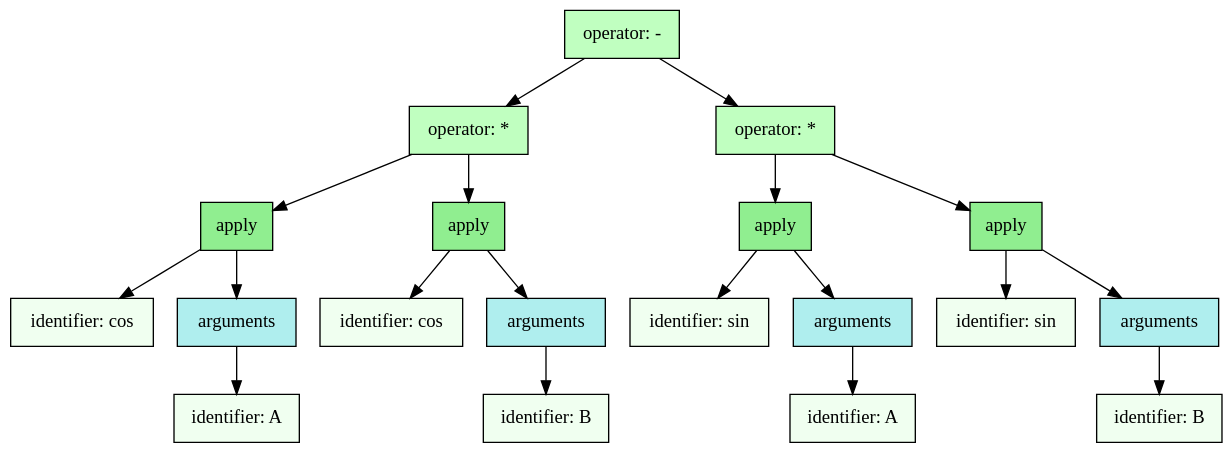
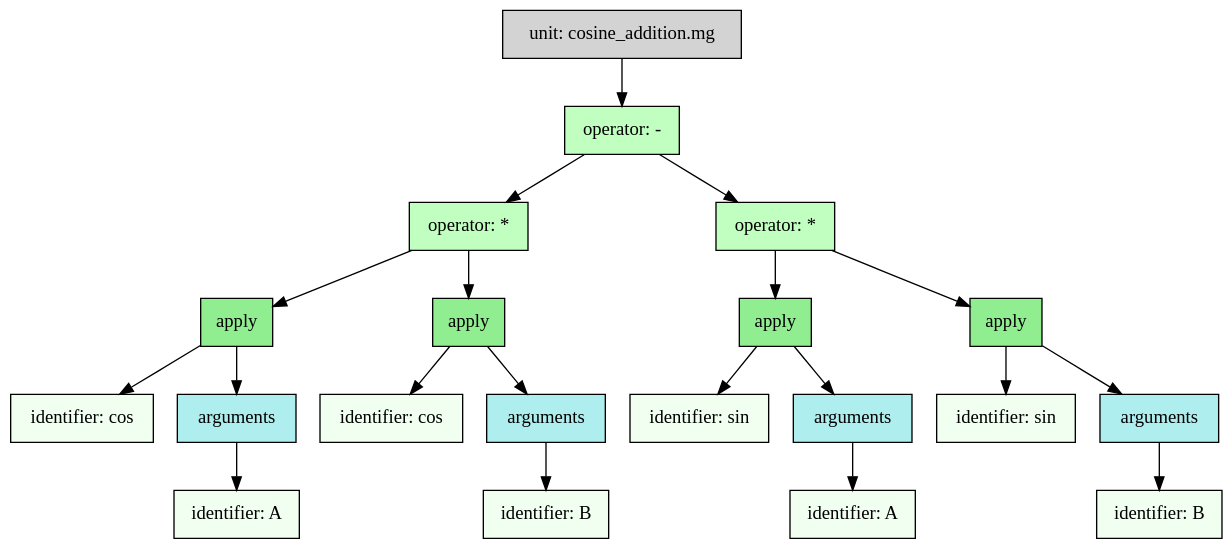
Before and after one commit to monogram-project/monogram: the second of 2 diagrams in docs/cosine_addition.md, drawn with Graphviz. The commit also changed other lines of this file and 10 other files, not shown here.

````diff
--- a/docs/cosine_addition.md
+++ b/docs/cosine_addition.md
@@ -293,43 +304,45 @@
 ```dot
 digraph G {
   bgcolor="transparent";
   node [shape="box", style="filled", fontname="Ubuntu Mono"];
-  "131276364416560" [label="operator: -", shape="box", fillcolor="#C0FFC0"];
-  "131276364416640" [label="operator: *", shape="box", fillcolor="#C0FFC0"];
-  "131276364416560" -> "131276364416640";
-  "131276364416720" [label="apply", shape="box", fillcolor="lightgreen"];
-  "131276364416640" -> "131276364416720";
-  "131276364416800" [label="identifier: cos", shape="box", fillcolor="Honeydew"];
-  "131276364416720" -> "131276364416800";
-  "131276364416880" [label="arguments", shape="box", fillcolor="PaleTurquoise"];
-  "131276364416720" -> "131276364416880";
-  "131276364416960" [label="identifier: A", shape="box", fillcolor="Honeydew"];
-  "131276364416880" -> "131276364416960";
-  "131276364417040" [label="apply", shape="box", fillcolor="lightgreen"];
-  "131276364416640" -> "131276364417040";
-  "131276364417120" [label="identifier: cos", shape="box", fillcolor="Honeydew"];
-  "131276364417040" -> "131276364417120";
-  "131276364417200" [label="arguments", shape="box", fillcolor="PaleTurquoise"];
-  "131276364417040" -> "131276364417200";
-  "131276364417280" [label="identifier: B", shape="box", fillcolor="Honeydew"];
-  "131276364417200" -> "131276364417280";
-  "131276364417360" [label="operator: *", shape="box", fillcolor="#C0FFC0"];
-  "131276364416560" -> "131276364417360";
-  "131276364417440" [label="apply", shape="box", fillcolor="lightgreen"];
-  "131276364417360" -> "131276364417440";
-  "131276364417520" [label="identifier: sin", shape="box", fillcolor="Honeydew"];
-  "131276364417440" -> "131276364417520";
-  "131276364417600" [label="arguments", shape="box", fillcolor="PaleTurquoise"];
-  "131276364417440" -> "131276364417600";
-  "131276364417680" [label="identifier: A", shape="box", fillcolor="Honeydew"];
-  "131276364417600" -> "131276364417680";
-  "131276364417760" [label="apply", shape="box", fillcolor="lightgreen"];
-  "131276364417360" -> "131276364417760";
-  "131276364417840" [label="identifier: sin", shape="box", fillcolor="Honeydew"];
-  "131276364417760" -> "131276364417840";
-  "131276364417920" [label="arguments", shape="box", fillcolor="PaleTurquoise"];
-  "131276364417760" -> "131276364417920";
-  "131276364418000" [label="identifier: B", shape="box", fillcolor="Honeydew"];
-  "131276364417920" -> "131276364418000";
+  "node_0xc0000a8870" [label="unit: cosine_addition.mg", shape="box", fillcolor="lightgray"];
+  "node_0xc0000a8810" [label="operator: -", shape="box", fillcolor="#C0FFC0"];
+  "node_0xc0000a8870" -> "node_0xc0000a8810";
+  "node_0xc0000a84b0" [label="operator: *", shape="box", fillcolor="#C0FFC0"];
+  "node_0xc0000a8810" -> "node_0xc0000a84b0";
+  "node_0xc0000a8300" [label="apply", shape="box", fillcolor="lightgreen"];
+  "node_0xc0000a84b0" -> "node_0xc0000a8300";
+  "node_0xc0000a8210" [label="identifier: cos", shape="box", fillcolor="Honeydew"];
+  "node_0xc0000a8300" -> "node_0xc0000a8210";
+  "node_0xc0000a82a0" [label="arguments", shape="box", fillcolor="PaleTurquoise"];
+  "node_0xc0000a8300" -> "node_0xc0000a82a0";
+  "node_0xc0000a8270" [label="identifier: A", shape="box", fillcolor="Honeydew"];
+  "node_0xc0000a82a0" -> "node_0xc0000a8270";
+  "node_0xc0000a8450" [label="apply", shape="box", fillcolor="lightgreen"];
+  "node_0xc0000a84b0" -> "node_0xc0000a8450";
+  "node_0xc0000a8360" [label="identifier: cos", shape="box", fillcolor="Honeydew"];
+  "node_0xc0000a8450" -> "node_0xc0000a8360";
+  "node_0xc0000a83f0" [label="arguments", shape="box", fillcolor="PaleTurquoise"];
+  "node_0xc0000a8450" -> "node_0xc0000a83f0";
+  "node_0xc0000a83c0" [label="identifier: B", shape="box", fillcolor="Honeydew"];
+  "node_0xc0000a83f0" -> "node_0xc0000a83c0";
+  "node_0xc0000a87b0" [label="operator: *", shape="box", fillcolor="#C0FFC0"];
+  "node_0xc0000a8810" -> "node_0xc0000a87b0";
+  "node_0xc0000a8600" [label="apply", shape="box", fillcolor="lightgreen"];
+  "node_0xc0000a87b0" -> "node_0xc0000a8600";
+  "node_0xc0000a8510" [label="identifier: sin", shape="box", fillcolor="Honeydew"];
+  "node_0xc0000a8600" -> "node_0xc0000a8510";
+  "node_0xc0000a85a0" [label="arguments", shape="box", fillcolor="PaleTurquoise"];
+  "node_0xc0000a8600" -> "node_0xc0000a85a0";
+  "node_0xc0000a8570" [label="identifier: A", shape="box", fillcolor="Honeydew"];
+  "node_0xc0000a85a0" -> "node_0xc0000a8570";
+  "node_0xc0000a8750" [label="apply", shape="box", fillcolor="lightgreen"];
+  "node_0xc0000a87b0" -> "node_0xc0000a8750";
+  "node_0xc0000a8660" [label="identifier: sin", shape="box", fillcolor="Honeydew"];
+  "node_0xc0000a8750" -> "node_0xc0000a8660";
+  "node_0xc0000a86f0" [label="arguments", shape="box", fillcolor="PaleTurquoise"];
+  "node_0xc0000a8750" -> "node_0xc0000a86f0";
+  "node_0xc0000a86c0" [label="identifier: B", shape="box", fillcolor="Honeydew"];
+  "node_0xc0000a86f0" -> "node_0xc0000a86c0";
 }
 ```
````
